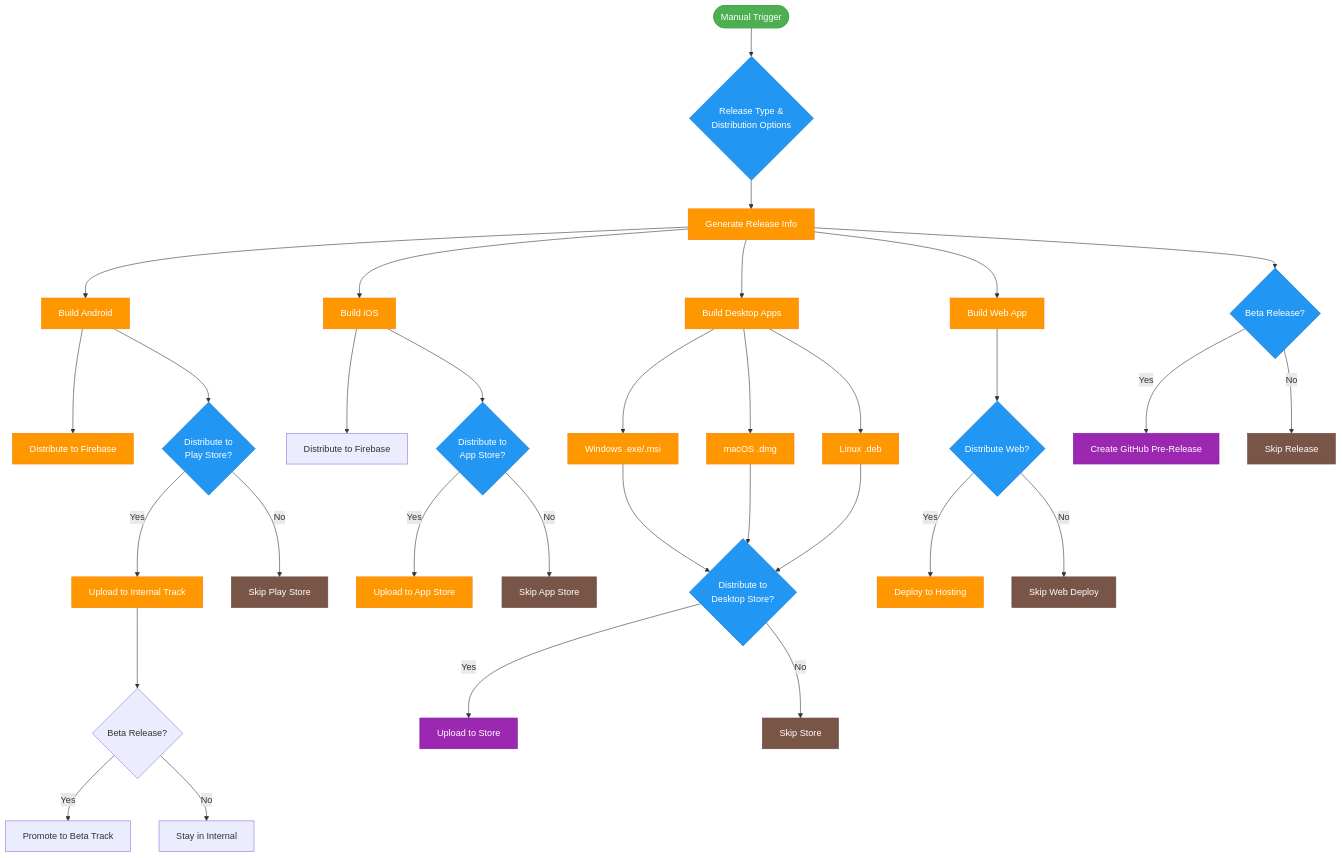
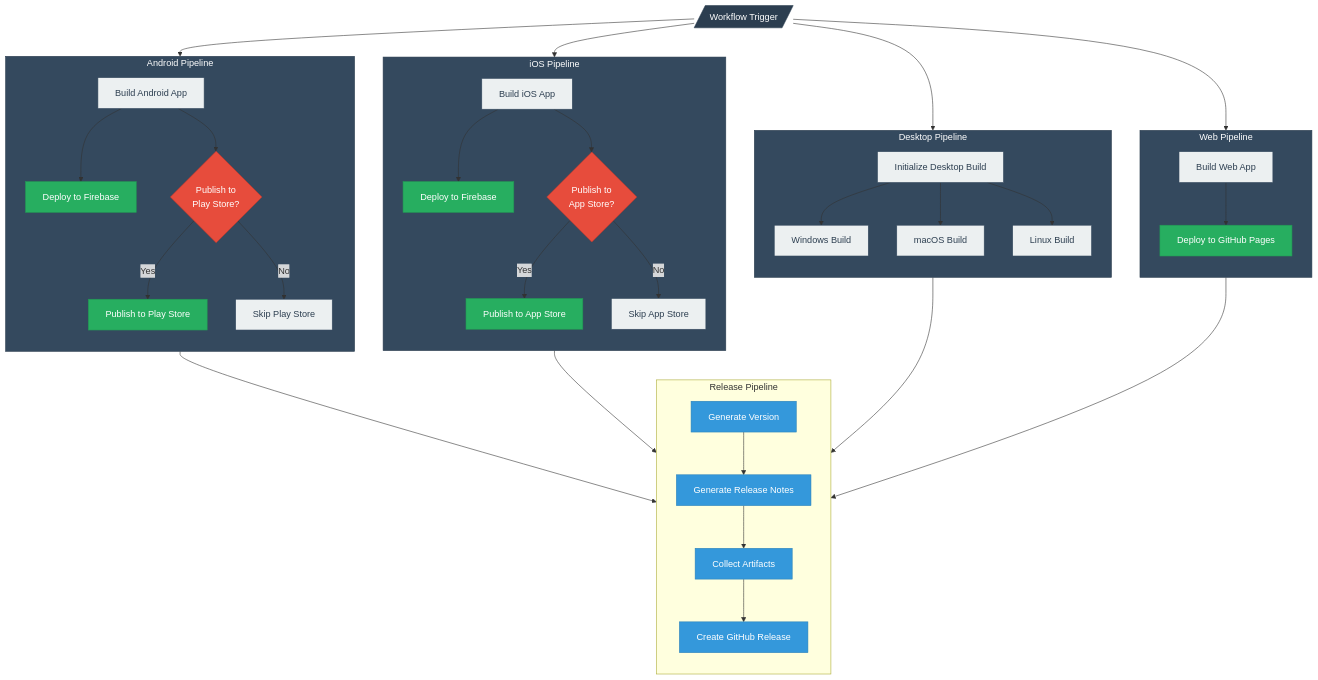
Before and after one commit to openMF/mifos-x-actionhub: the first of 5 diagrams in README.md, drawn with Mermaid. The commit also changed other lines of this file, not shown here.

````diff
--- a/README.md
+++ b/README.md
@@ -256,55 +263,82 @@
 ```mermaid
-flowchart TD
-    start([Manual Trigger]) --> params{Release Type & \n Distribution Options}
-    params --> gen[Generate Release Info]
-
-%% Android Flow
-    gen --> build_android[Build Android]
-    build_android --> dist_firebase[Distribute to Firebase]
-    build_android --> playstore{Distribute to \n Play Store?}
-    playstore -->|Yes| internal[Upload to Internal Track]
-    playstore -->|No| skip_play[Skip Play Store]
-    internal --> beta_check{Beta Release?}
-    beta_check -->|Yes| promote[Promote to Beta Track]
-    beta_check -->|No| skip_beta[Stay in Internal]
-
-%% iOS Flow
-    gen --> build_ios[Build iOS]
-    build_ios --> firebase_ios[Distribute to Firebase]
-    build_ios --> appstore{Distribute to \n App Store?}
-    appstore -->|Yes| dist_ios[Upload to App Store]
-    appstore -->|No| skip_ios[Skip App Store]
-
-%% Desktop Flow
-    gen --> build_desktop[Build Desktop Apps]
-    build_desktop --> windows[Windows .exe/.msi]
-    build_desktop --> macos[macOS .dmg]
-    build_desktop --> linux[Linux .deb]
-    windows & macos & linux --> desktop_dist{Distribute to \n Desktop Store?}
-    desktop_dist -->|Yes| dist_desktop[Upload to Store]
-    desktop_dist -->|No| skip_desktop[Skip Store]
-
-%% Web Flow
-    gen --> build_web[Build Web App]
-    build_web --> web_dist{Distribute Web?}
-    web_dist -->|Yes| deploy_web[Deploy to Hosting]
-    web_dist -->|No| skip_web[Skip Web Deploy]
-
-%% Release Creation
-    gen --> beta_rel{Beta Release?}
-    beta_rel -->|Yes| github_rel[Create GitHub Pre-Release]
-    beta_rel -->|No| skip_rel[Skip Release]
-
-%% Color Styling
-    classDef startNode fill:#4CAF50,color:white,stroke:#45a049;
-    classDef decisionNode fill:#2196F3,color:white,stroke:#1976D2;
-    classDef processNode fill:#FF9800,color:white,stroke:#F57C00;
-    classDef platformNode fill:#9C27B0,color:white,stroke:#7B1FA2;
-    classDef endNode fill:#795548,color:white,stroke:#6D4C41;
-
-    class start startNode;
-    class params,playstore,appstore,desktop_dist,web_dist,beta_rel decisionNode;
-    class gen,build_android,build_ios,build_desktop,build_web,dist_firebase,internal,dist_ios,windows,macos,linux,deploy_web processNode;
-    class dist_desktop,github_rel platformNode;
-    class skip_play,skip_ios,skip_desktop,skip_web,skip_rel endNode;
+flowchart TB
+    %% Main workflow trigger
+    Start[/"Workflow Trigger"/]
+    
+    %% Android section
+    subgraph Android["Android Pipeline"]
+        direction TB
+        A_Build["Build Android App"]
+        A_Build --> A_Firebase["Deploy to Firebase"]
+        A_Build --> A_Check{"Publish to\nPlay Store?"}
+        A_Check -->|Yes| A_Play["Publish to Play Store"]
+        A_Check -->|No| A_Skip["Skip Play Store"]
+    end
+    
+    %% iOS section
+    subgraph iOS["iOS Pipeline"]
+        direction TB
+        I_Build["Build iOS App"]
+        I_Build --> I_Firebase["Deploy to Firebase"]
+        I_Build --> I_Check{"Publish to\nApp Store?"}
+        I_Check -->|Yes| I_Store["Publish to App Store"]
+        I_Check -->|No| I_Skip["Skip App Store"]
+    end
+    
+    %% Desktop section
+    subgraph Desktop["Desktop Pipeline"]
+        direction TB
+        D_Build["Initialize Desktop Build"]
+        D_Build --> D_Win["Windows Build"]
+        D_Build --> D_Mac["macOS Build"]
+        D_Build --> D_Linux["Linux Build"]
+    end
+    
+    %% Web section
+    subgraph Web["Web Pipeline"]
+        direction TB
+        W_Build["Build Web App"]
+        W_Build --> W_Deploy["Deploy to GitHub Pages"]
+    end
+    
+    %% GitHub Release section
+    subgraph Release["Release Pipeline"]
+        direction TB
+        R_Version["Generate Version"]
+        R_Notes["Generate Release Notes"]
+        R_Artifacts["Collect Artifacts"]
+        R_Create["Create GitHub Release"]
+        
+        R_Version --> R_Notes
+        R_Notes --> R_Artifacts
+        R_Artifacts --> R_Create
+    end
+    
+    %% Main workflow connections
+    Start --> Android
+    Start --> iOS
+    Start --> Desktop
+    Start --> Web
+    
+    Android --> Release
+    iOS --> Release
+    Desktop --> Release
+    Web --> Release
+    
+    %% Styling
+    classDef trigger fill:#2C3E50,color:#fff,stroke:#2C3E50
+    classDef pipeline fill:#34495E,color:#fff,stroke:#2C3E50
+    classDef process fill:#ECF0F1,stroke:#34495E,color:#2C3E50
+    classDef conditional fill:#E74C3C,stroke:#C0392B,color:#fff
+    classDef deployment fill:#27AE60,stroke:#229954,color:#fff
+    classDef release fill:#3498DB,stroke:#2980B9,color:#fff
+    
+    class Start trigger
+    class Android,iOS,Desktop,Web pipeline
+    class A_Build,I_Build,D_Build,W_Build process
+    class A_Check,I_Check conditional
+    class A_Firebase,I_Firebase,A_Play,I_Store,W_Deploy deployment
+    class R_Version,R_Notes,R_Artifacts,R_Create release
+    class D_Win,D_Mac,D_Linux process
+    class A_Skip,I_Skip process
 ```
````
